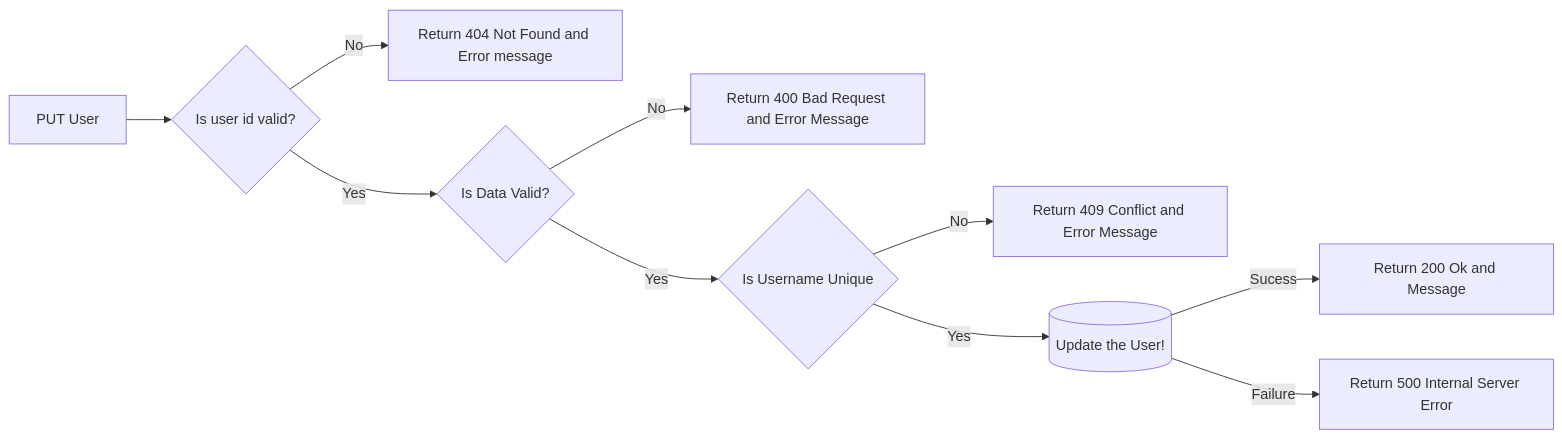
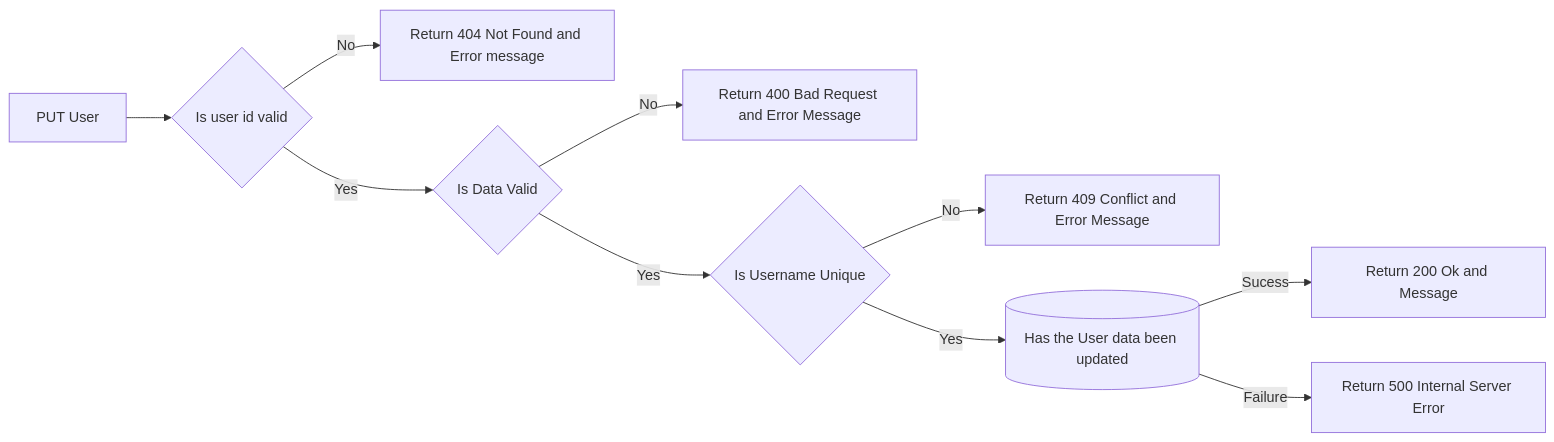
One commit to kalsmic/tdd_challenge changed the seventh of 8 diagrams in README.md. Above: the diagram before and after it, drawn with Mermaid. The commit also changed other lines of this file and 3 other files, not shown here.

````diff
--- a/README.md
+++ b/README.md
@@ -87,12 +87,12 @@
 ```mermaid
 graph LR
-A[PUT User] --> B{Is user id valid?}
+A[PUT User] --> B{Is user id valid}
 B -->|No|C[Return 404 Not Found and Error message]
-B -->|Yes|D{Is Data Valid?}
+B -->|Yes|D{Is Data Valid}
 D -->|No|E[Return 400 Bad Request and Error Message]
 D -->|Yes|F{Is Username Unique}
 F -->|No|G[Return 409 Conflict and Error Message]
-F -->|Yes|H[(Update the User!)]
+F -->|Yes|H[(Has the User data been updated)]
 H -->|Sucess|I[Return 200 Ok and Message]
 H -->|Failure|J[Return 500 Internal Server Error]
 ```
````
